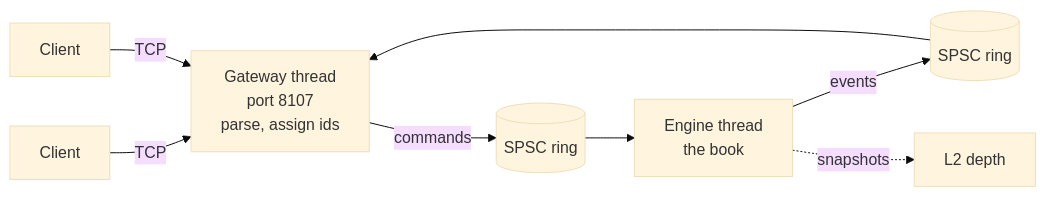
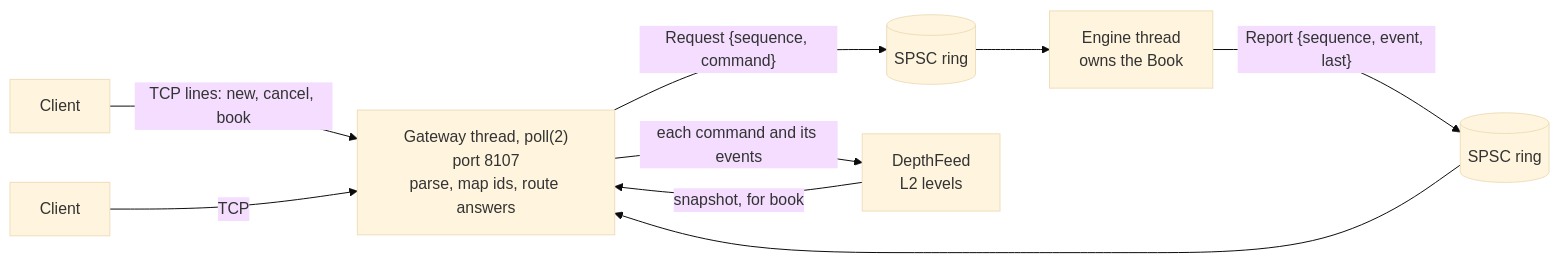
One commit to vivekdavara/orderbook changed the diagram in DESIGN.md. Above: the diagram before and after it, drawn with Mermaid (base theme). The commit also changed other lines of this file and 3 other files, not shown here.

````diff
--- a/DESIGN.md
+++ b/DESIGN.md
@@ -303,10 +334,11 @@
 ```mermaid
 flowchart LR
-    C1[Client] -- TCP --> G
+    C1[Client] -- "TCP lines: new, cancel, book" --> G
     C2[Client] -- TCP --> G
-    G[Gateway thread<br/>port 8107<br/>parse, assign ids] -- commands --> R1[(SPSC ring)]
-    R1 --> E[Engine thread<br/>the book]
-    E -- events --> R2[(SPSC ring)]
+    G["Gateway thread, poll(2)<br/>port 8107<br/>parse, map ids, route answers"] -- "Request {sequence, command}" --> R1[(SPSC ring)]
+    R1 --> E[Engine thread<br/>owns the Book]
+    E -- "Report {sequence, event, last}" --> R2[(SPSC ring)]
     R2 --> G
-    E -. snapshots .-> M[L2 depth]
+    G -- "each command and its events" --> F[DepthFeed<br/>L2 levels]
+    F -- "snapshot, for book" --> G
 ```
````
